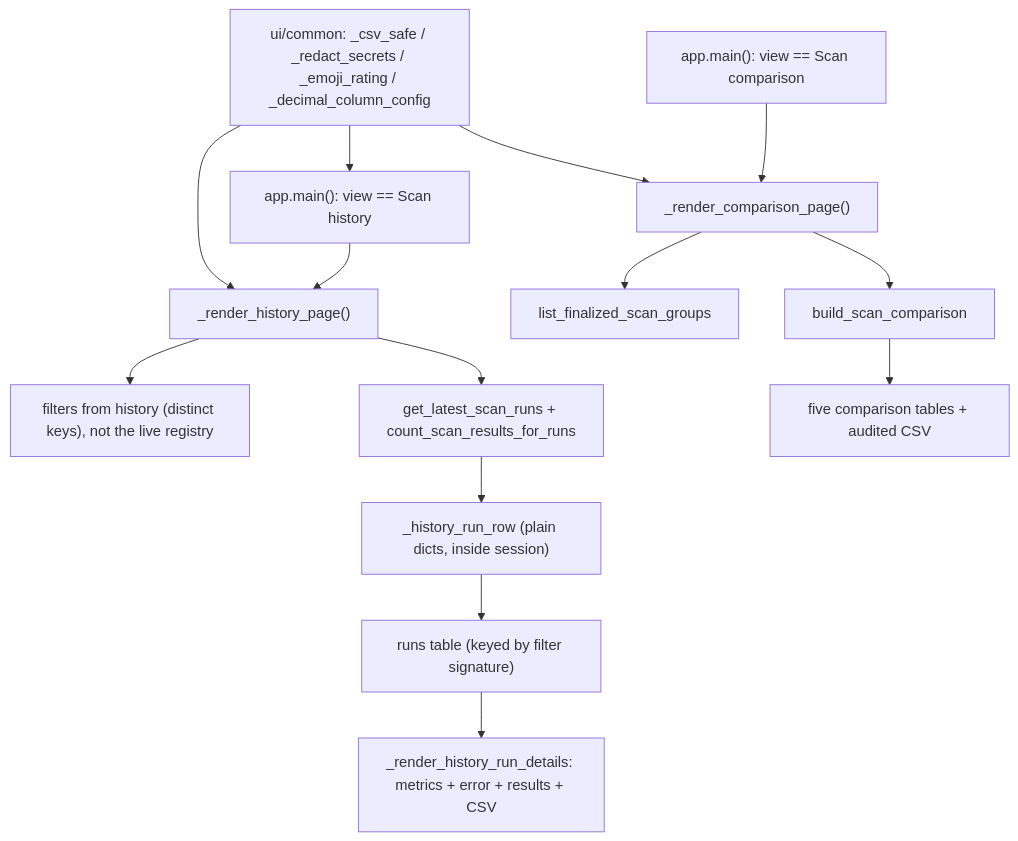
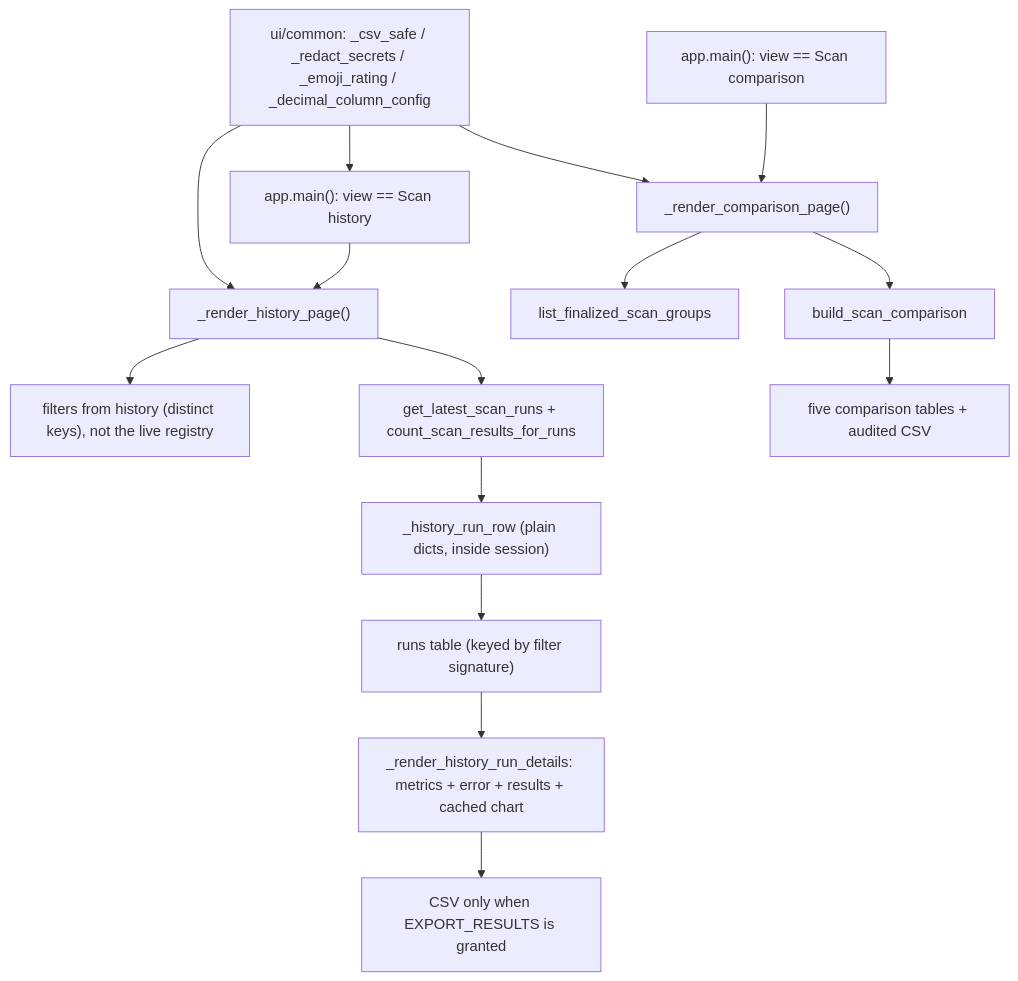
The diagram in docs/architecture/components/ui-pages.md (DoRmAmMu1997/Streamlit-Scanner-App), drawn with Mermaid before and after one commit. The commit also changed other lines of this file and 26 other files, not shown here.

````diff
--- a/docs/architecture/components/ui-pages.md
+++ b/docs/architecture/components/ui-pages.md
@@ -22,16 +22,17 @@
 ```mermaid
 flowchart TD
     APP["app.main(): view == Scan history"] --> RHP["_render_history_page()"]
     RHP --> FILTERS["filters from history (distinct keys), not the live registry"]
     RHP --> REPO["get_latest_scan_runs + count_scan_results_for_runs"]
     REPO --> ROWS["_history_run_row (plain dicts, inside session)"]
     ROWS --> TABLE["runs table (keyed by filter signature)"]
-    TABLE --> DETAILS["_render_history_run_details: metrics + error + results + CSV"]
+    TABLE --> DETAILS["_render_history_run_details: metrics + error + results + cached chart"]
+    DETAILS --> EXPORT["CSV only when EXPORT_RESULTS is granted"]
     COMMON["ui/common: _csv_safe / _redact_secrets / _emoji_rating / _decimal_column_config"] --> RHP
     COMMON --> APP
     APP2["app.main(): view == Scan comparison"] --> CP["_render_comparison_page()"]
     CP --> CFG["list_finalized_scan_groups"]
     CP --> CMP["build_scan_comparison"]
     CMP --> TABS["five comparison tables + audited CSV"]
     COMMON --> CP
 ```
````
